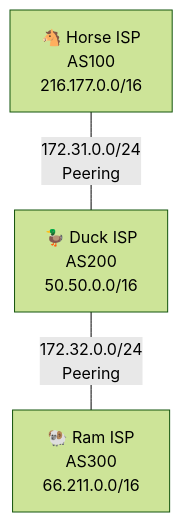
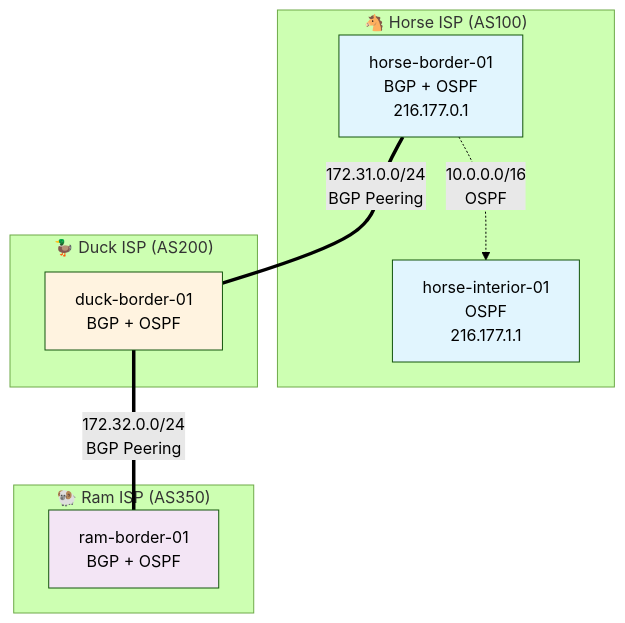
One commit to PatchworkHorse/InternetEmulator changed the diagram in README.md. Above: the diagram before and after it, drawn with Mermaid (forest theme). The commit also changed other lines of this file and 6 other files, not shown here.

````diff
--- a/README.md
+++ b/README.md
@@ -27,9 +38,27 @@
 ```mermaid
 graph TD
-   HORSE[🐴 Horse ISP<br>AS100<br>216.177.0.0/16]
-   DUCK[🦆 Duck ISP<br>AS200<br>50.50.0.0/16]
-   RAM[🐏 Ram ISP<br>AS300<br>66.211.0.0/16]
+   subgraph "🐴 Horse ISP (AS100)"
+      HB[horse-border-01<br>BGP + OSPF<br>216.177.0.1]
+      HI[horse-interior-01<br>OSPF<br>216.177.1.1]
+      HB -.->|"10.0.0.0/16<br>OSPF"| HI
+   end
+   
+   subgraph "🦆 Duck ISP (AS200)"
+      DB[duck-border-01<br>BGP + OSPF]
+   end
+   
+   subgraph "🐏 Ram ISP (AS350)"
+      RB[ram-border-01<br>BGP + OSPF]
+   end
 
-   HORSE -- "172.31.0.0/24<br>Peering" --- DUCK
-   DUCK -- "172.32.0.0/24<br>Peering" --- RAM
+   HB ===|"172.31.0.0/24<br>BGP Peering"| DB
+   DB ===|"172.32.0.0/24<br>BGP Peering"| RB
+   
+   classDef horseClass fill:#e1f5fe
+   classDef duckClass fill:#fff3e0
+   classDef ramClass fill:#f3e5f5
+   
+   class HB,HI horseClass
+   class DB duckClass
+   class RB ramClass
 ```
````
